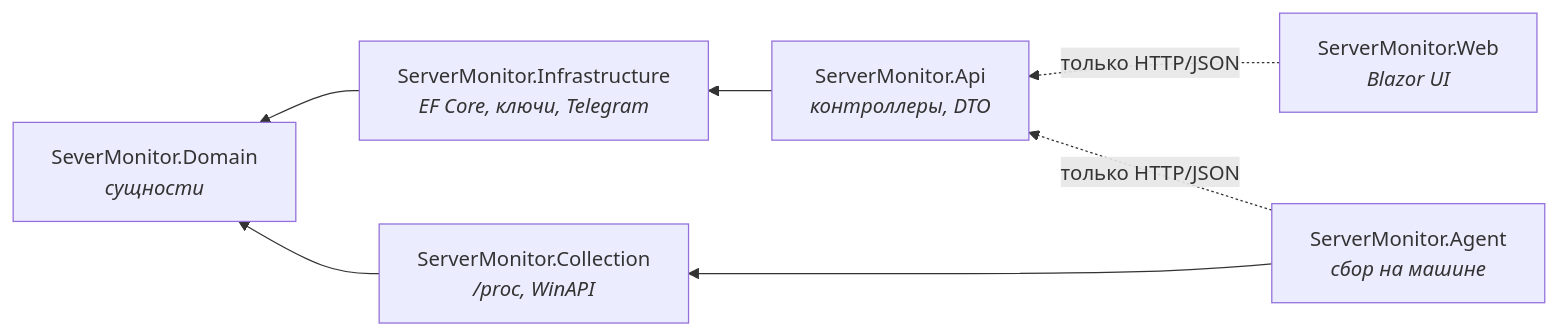
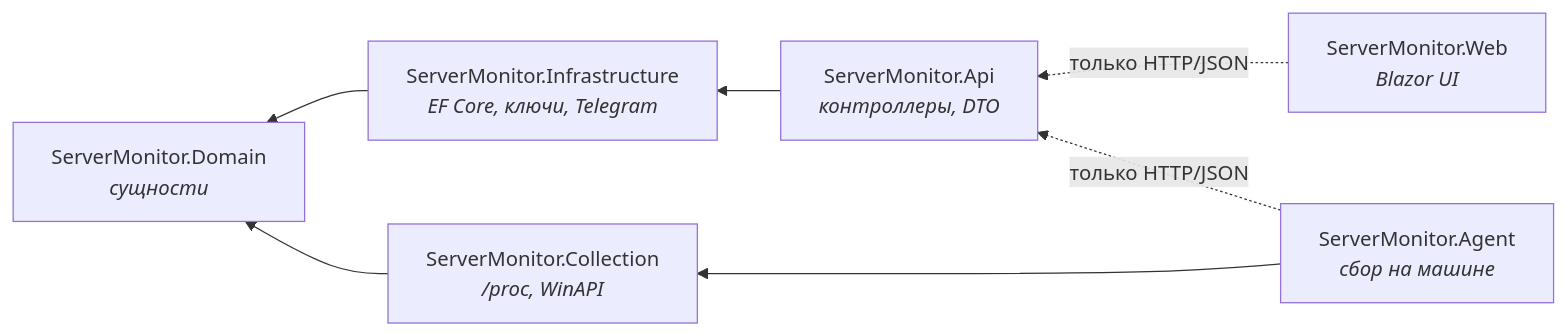
The second of 3 diagrams in docs/guide/00-project-map.md (SoftGene/ServerMonitor), drawn with Mermaid before and after one commit. The commit also changed other lines of this file and 14 other files, not shown here.

````diff
--- a/docs/guide/00-project-map.md
+++ b/docs/guide/00-project-map.md
@@ -173,9 +173,9 @@
 ```mermaid
 flowchart RL
     Api["ServerMonitor.Api<br/><i>контроллеры, DTO</i>"] --> Infra["ServerMonitor.Infrastructure<br/><i>EF Core, ключи, Telegram</i>"]
-    Infra --> Domain["SeverMonitor.Domain<br/><i>сущности</i>"]
+    Infra --> Domain["ServerMonitor.Domain<br/><i>сущности</i>"]
     Agent["ServerMonitor.Agent<br/><i>сбор на машине</i>"] --> Collection["ServerMonitor.Collection<br/><i>/proc, WinAPI</i>"]
     Collection --> Domain
     Web["ServerMonitor.Web<br/><i>Blazor UI</i>"] -.->|"только HTTP/JSON"| Api
     Agent -.->|"только HTTP/JSON"| Api
 ```
````
